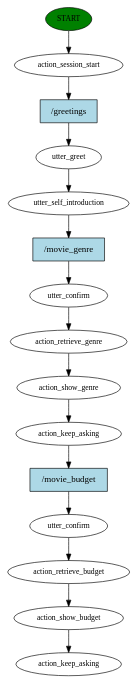
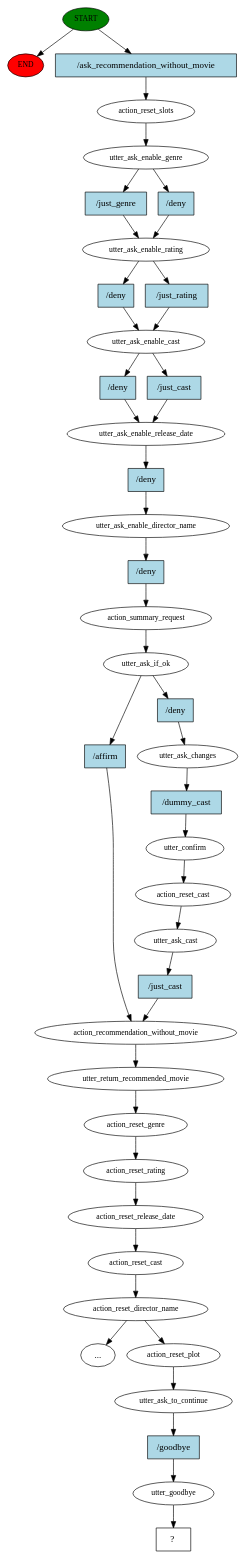
One commit to Bru0x11/Human_Machine_Dialogue-Rasa changed the diagram in story_graph.dot. Above: the diagram before and after it, drawn with Graphviz. The commit also changed 98 other files, not shown here.

```diff
--- a/story_graph.dot
+++ b/story_graph.dot
@@ -1,31 +1,85 @@
 digraph  {
 0 [class="start active", fillcolor=green, fontsize=12, label=START, style=filled];
-1 [class=active, fontsize=12, label=action_session_start];
-2 [class=active, fontsize=12, label=utter_greet];
-3 [class=active, fontsize=12, label=utter_self_introduction];
-4 [class=active, fontsize=12, label=utter_confirm];
-5 [class=active, fontsize=12, label=action_retrieve_genre];
-6 [class=active, fontsize=12, label=action_show_genre];
-7 [class=active, fontsize=12, label=action_keep_asking];
-8 [class=active, fontsize=12, label=utter_confirm];
-9 [class=active, fontsize=12, label=action_retrieve_budget];
-10 [class=active, fontsize=12, label=action_show_budget];
-11 [class="dashed active", fontsize=12, label=action_keep_asking];
-12 [class="intent active", fillcolor=lightblue, label="/greetings", shape=rect, style=filled];
-13 [class="intent active", fillcolor=lightblue, label="/movie_genre", shape=rect, style=filled];
-14 [class="intent active", fillcolor=lightblue, label="/movie_budget", shape=rect, style=filled];
-0 -> 1  [class=active, key=NONE, label=""];
-1 -> 12  [class=active, key=0];
-2 -> 3  [class=active, key=NONE, label=""];
-3 -> 13  [class=active, key=0];
-4 -> 5  [class=active, key=NONE, label=""];
-5 -> 6  [class=active, key=NONE, label=""];
-6 -> 7  [class=active, key=NONE, label=""];
-7 -> 14  [class=active, key=0];
-8 -> 9  [class=active, key=NONE, label=""];
+"-1" [class=end, fillcolor=red, fontsize=12, label=END, style=filled];
+1 [class=active, fontsize=12, label=action_reset_slots];
+2 [class=active, fontsize=12, label=utter_ask_enable_genre];
+3 [class=active, fontsize=12, label=utter_ask_enable_rating];
+4 [class=active, fontsize=12, label=utter_ask_enable_cast];
+5 [class=active, fontsize=12, label=utter_ask_enable_release_date];
+6 [class=active, fontsize=12, label=utter_ask_enable_director_name];
+7 [class=active, fontsize=12, label=action_summary_request];
+8 [class=active, fontsize=12, label=utter_ask_if_ok];
+9 [class=active, fontsize=12, label=action_recommendation_without_movie];
+10 [class=active, fontsize=12, label=utter_return_recommended_movie];
+11 [class=active, fontsize=12, label=action_reset_genre];
+12 [class=active, fontsize=12, label=action_reset_rating];
+13 [class=active, fontsize=12, label=action_reset_release_date];
+14 [class=active, fontsize=12, label=action_reset_cast];
+15 [class=active, fontsize=12, label=action_reset_director_name];
+"-3" [class=ellipsis, label="..."];
+24 [class=active, fontsize=12, label=utter_ask_changes];
+25 [class=active, fontsize=12, label=utter_confirm];
+26 [class=active, fontsize=12, label=action_reset_cast];
+27 [class=active, fontsize=12, label=utter_ask_cast];
+35 [class=active, fontsize=12, label=action_reset_plot];
+36 [class=active, fontsize=12, label=utter_ask_to_continue];
+37 [class=active, fontsize=12, label=utter_goodbye];
+38 [class="intent dashed active", label="  ?  ", shape=rect];
+39 [class="intent active", fillcolor=lightblue, label="/ask_recommendation_without_movie", shape=rect, style=filled];
+40 [class=intent, fillcolor=lightblue, label="/just_genre", shape=rect, style=filled];
+41 [class="intent active", fillcolor=lightblue, label="/deny", shape=rect, style=filled];
+42 [class=intent, fillcolor=lightblue, label="/deny", shape=rect, style=filled];
+43 [class="intent active", fillcolor=lightblue, label="/just_rating", shape=rect, style=filled];
+44 [class=intent, fillcolor=lightblue, label="/deny", shape=rect, style=filled];
+45 [class="intent active", fillcolor=lightblue, label="/just_cast", shape=rect, style=filled];
+46 [class="intent active", fillcolor=lightblue, label="/deny", shape=rect, style=filled];
+47 [class="intent active", fillcolor=lightblue, label="/deny", shape=rect, style=filled];
+48 [class=intent, fillcolor=lightblue, label="/affirm", shape=rect, style=filled];
+49 [class="intent active", fillcolor=lightblue, label="/deny", shape=rect, style=filled];
+50 [class="intent active", fillcolor=lightblue, label="/dummy_cast", shape=rect, style=filled];
+51 [class="intent active", fillcolor=lightblue, label="/just_cast", shape=rect, style=filled];
+52 [class="intent active", fillcolor=lightblue, label="/goodbye", shape=rect, style=filled];
+0 -> "-1"  [class="", key=NONE, label=""];
+0 -> 39  [class=active, key=0];
+1 -> 2  [class=active, key=NONE, label=""];
+2 -> 40  [class="", key=0];
+2 -> 41  [class=active, key=0];
+3 -> 42  [class="", key=0];
+3 -> 43  [class=active, key=0];
+4 -> 44  [class="", key=0];
+4 -> 45  [class=active, key=0];
+5 -> 46  [class=active, key=0];
+6 -> 47  [class=active, key=0];
+7 -> 8  [class=active, key=NONE, label=""];
+8 -> 48  [class="", key=0];
+8 -> 49  [class=active, key=0];
 9 -> 10  [class=active, key=NONE, label=""];
 10 -> 11  [class=active, key=NONE, label=""];
-12 -> 2  [class=active, key=0];
-13 -> 4  [class=active, key=0];
-14 -> 8  [class=active, key=0];
+11 -> 12  [class=active, key=NONE, label=""];
+12 -> 13  [class=active, key=NONE, label=""];
+13 -> 14  [class=active, key=NONE, label=""];
+14 -> 15  [class=active, key=NONE, label=""];
+15 -> "-3"  [class="", key=NONE, label=""];
+15 -> 35  [class=active, key=NONE, label=""];
+24 -> 50  [class=active, key=0];
+25 -> 26  [class=active, key=NONE, label=""];
+26 -> 27  [class=active, key=NONE, label=""];
+27 -> 51  [class=active, key=0];
+35 -> 36  [class=active, key=NONE, label=""];
+36 -> 52  [class=active, key=0];
+37 -> 38  [class=active, key=NONE, label=""];
+39 -> 1  [class=active, key=0];
+40 -> 3  [class="", key=0];
+41 -> 3  [class=active, key=0];
+42 -> 4  [class="", key=0];
+43 -> 4  [class=active, key=0];
+44 -> 5  [class="", key=0];
+45 -> 5  [class=active, key=0];
+46 -> 6  [class=active, key=0];
+47 -> 7  [class=active, key=0];
+48 -> 9  [class="", key=0];
+49 -> 24  [class=active, key=0];
+50 -> 25  [class=active, key=0];
+51 -> 9  [class=active, key=0];
+52 -> 37  [class=active, key=0];
 }
```
